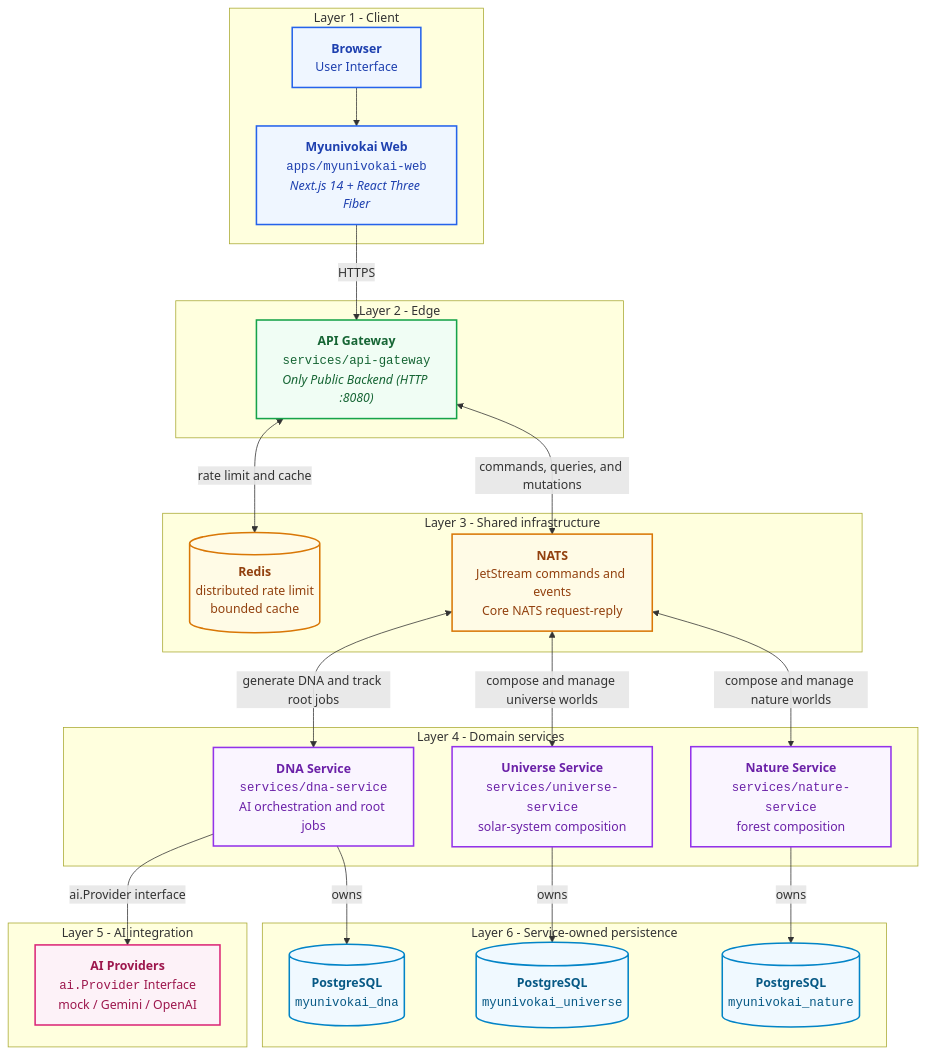
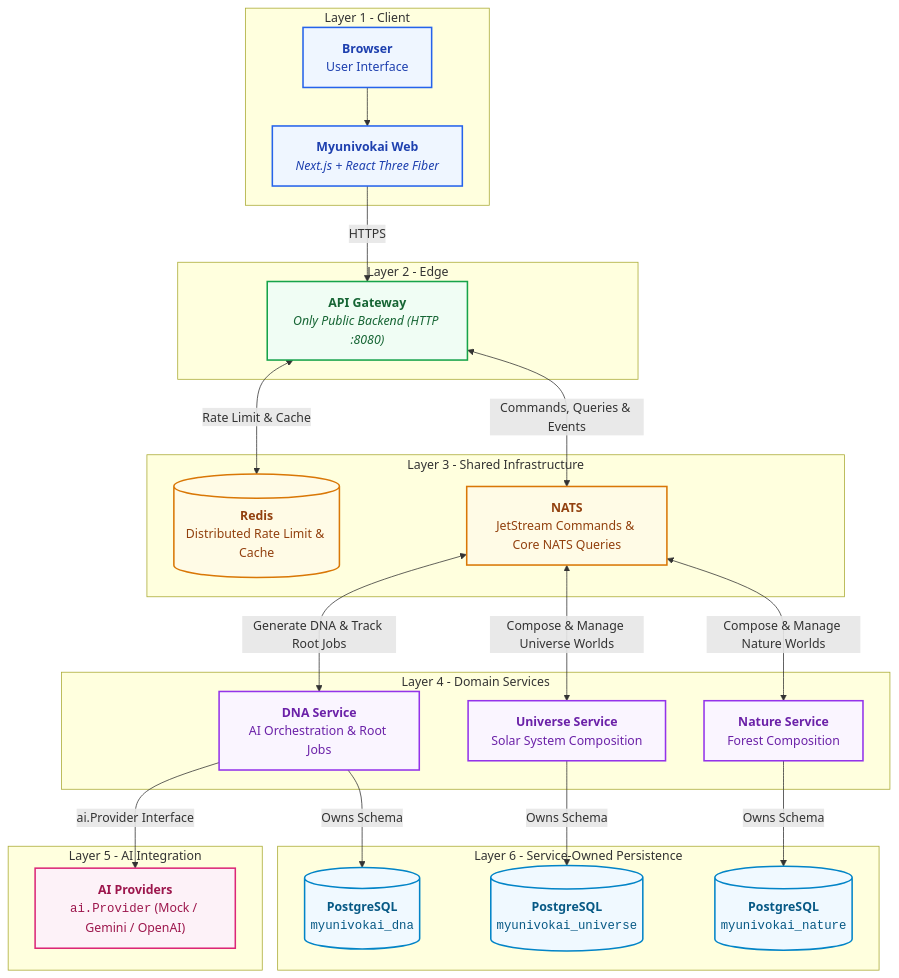
The diagram in README.md (TuanTran0168/myunivokai), drawn with Mermaid before and after one commit. The commit also changed other lines of this file, not shown here.

Commit message:
[UPDATE][DOCS][staging]: Add tech stack section, clean up mermaid labels, and remove obsolete notes

````diff
--- a/README.md
+++ b/README.md
@@ -10,52 +22,52 @@
 ```mermaid
 flowchart TB
   %% Class Definitions & Layer Colors
   classDef clientStyle fill:#eff6ff,stroke:#2563eb,stroke-width:2px,color:#1e40af;
   classDef edgeStyle fill:#f0fdf4,stroke:#16a34a,stroke-width:2px,color:#166534;
   classDef infraStyle fill:#fffbe6,stroke:#d97706,stroke-width:2px,color:#92400e;
   classDef domainStyle fill:#faf5ff,stroke:#9333ea,stroke-width:2px,color:#6b21a8;
   classDef aiStyle fill:#fdf2f8,stroke:#db2777,stroke-width:2px,color:#9d174d;
   classDef dbStyle fill:#f0f9ff,stroke:#0284c7,stroke-width:2px,color:#075985;
 
   subgraph clientLayer ["Layer 1 - Client"]
     browser["<b>Browser</b><br/>User Interface"]:::clientStyle
-    web["<b>Myunivokai Web</b><br/><code>apps/myunivokai-web</code><br/><i>Next.js 14 + React Three Fiber</i>"]:::clientStyle
+    web["<b>Myunivokai Web</b><br/><i>Next.js + React Three Fiber</i>"]:::clientStyle
     browser --> web
   end
 
   subgraph edgeLayer ["Layer 2 - Edge"]
-    gateway["<b>API Gateway</b><br/><code>services/api-gateway</code><br/><i>Only Public Backend (HTTP :8080)</i>"]:::edgeStyle
+    gateway["<b>API Gateway</b><br/><i>Only Public Backend (HTTP :8080)</i>"]:::edgeStyle
   end
 
-  subgraph infrastructureLayer ["Layer 3 - Shared infrastructure"]
-    redis[("<b>Redis</b><br/>distributed rate limit<br/>bounded cache")]:::infraStyle
-    nats["<b>NATS</b><br/>JetStream commands and events<br/>Core NATS request-reply"]:::infraStyle
+  subgraph infrastructureLayer ["Layer 3 - Shared Infrastructure"]
+    redis[("<b>Redis</b><br/>Distributed Rate Limit & Cache")]:::infraStyle
+    nats["<b>NATS</b><br/>JetStream Commands & Core NATS Queries"]:::infraStyle
   end
 
-  subgraph domainLayer ["Layer 4 - Domain services"]
-    dna["<b>DNA Service</b><br/><code>services/dna-service</code><br/>AI orchestration and root jobs"]:::domainStyle
-    universe["<b>Universe Service</b><br/><code>services/universe-service</code><br/>solar-system composition"]:::domainStyle
-    nature["<b>Nature Service</b><br/><code>services/nature-service</code><br/>forest composition"]:::domainStyle
+  subgraph domainLayer ["Layer 4 - Domain Services"]
+    dna["<b>DNA Service</b><br/>AI Orchestration & Root Jobs"]:::domainStyle
+    universe["<b>Universe Service</b><br/>Solar System Composition"]:::domainStyle
+    nature["<b>Nature Service</b><br/>Forest Composition"]:::domainStyle
   end
 
-  subgraph integrationLayer ["Layer 5 - AI integration"]
-    providers["<b>AI Providers</b><br/><code>ai.Provider</code> Interface<br/>mock / Gemini / OpenAI"]:::aiStyle
+  subgraph integrationLayer ["Layer 5 - AI Integration"]
+    providers["<b>AI Providers</b><br/><code>ai.Provider</code> (Mock / Gemini / OpenAI)"]:::aiStyle
   end
 
-  subgraph persistenceLayer ["Layer 6 - Service-owned persistence"]
+  subgraph persistenceLayer ["Layer 6 - Service-Owned Persistence"]
     dnaDatabase[("<b>PostgreSQL</b><br/><code>myunivokai_dna</code>")]:::dbStyle
     universeDatabase[("<b>PostgreSQL</b><br/><code>myunivokai_universe</code>")]:::dbStyle
     natureDatabase[("<b>PostgreSQL</b><br/><code>myunivokai_nature</code>")]:::dbStyle
   end
 
   web -->|"HTTPS"| gateway
-  gateway <-->|"rate limit and cache"| redis
-  gateway <-->|"commands, queries, and mutations"| nats
-  nats <-->|"generate DNA and track root jobs"| dna
-  nats <-->|"compose and manage universe worlds"| universe
-  nats <-->|"compose and manage nature worlds"| nature
-  dna -->|"ai.Provider interface"| providers
-  dna -->|"owns"| dnaDatabase
-  universe -->|"owns"| universeDatabase
-  nature -->|"owns"| natureDatabase
+  gateway <-->|"Rate Limit & Cache"| redis
+  gateway <-->|"Commands, Queries & Events"| nats
+  nats <-->|"Generate DNA & Track Root Jobs"| dna
+  nats <-->|"Compose & Manage Universe Worlds"| universe
+  nats <-->|"Compose & Manage Nature Worlds"| nature
+  dna -->|"ai.Provider Interface"| providers
+  dna -->|"Owns Schema"| dnaDatabase
+  universe -->|"Owns Schema"| universeDatabase
+  nature -->|"Owns Schema"| natureDatabase
 ```
````
